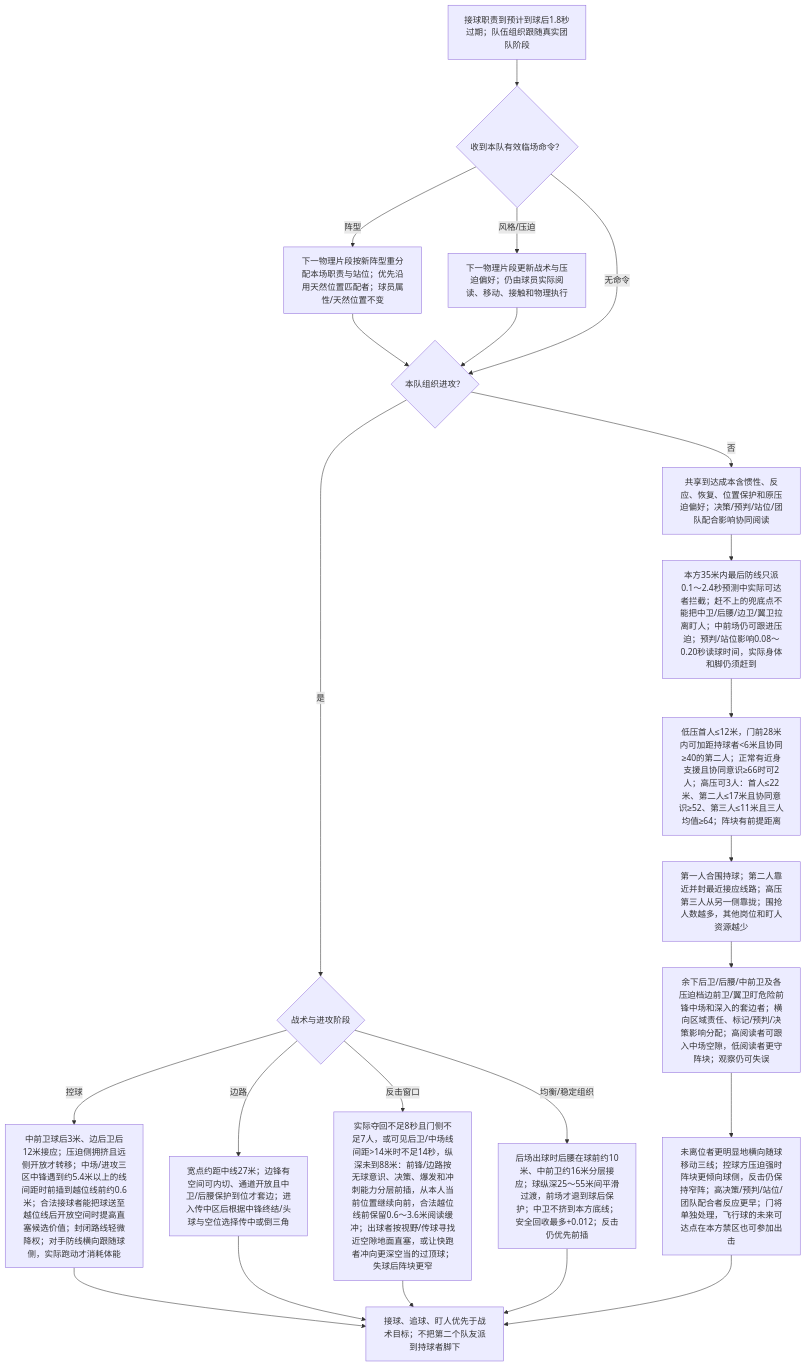
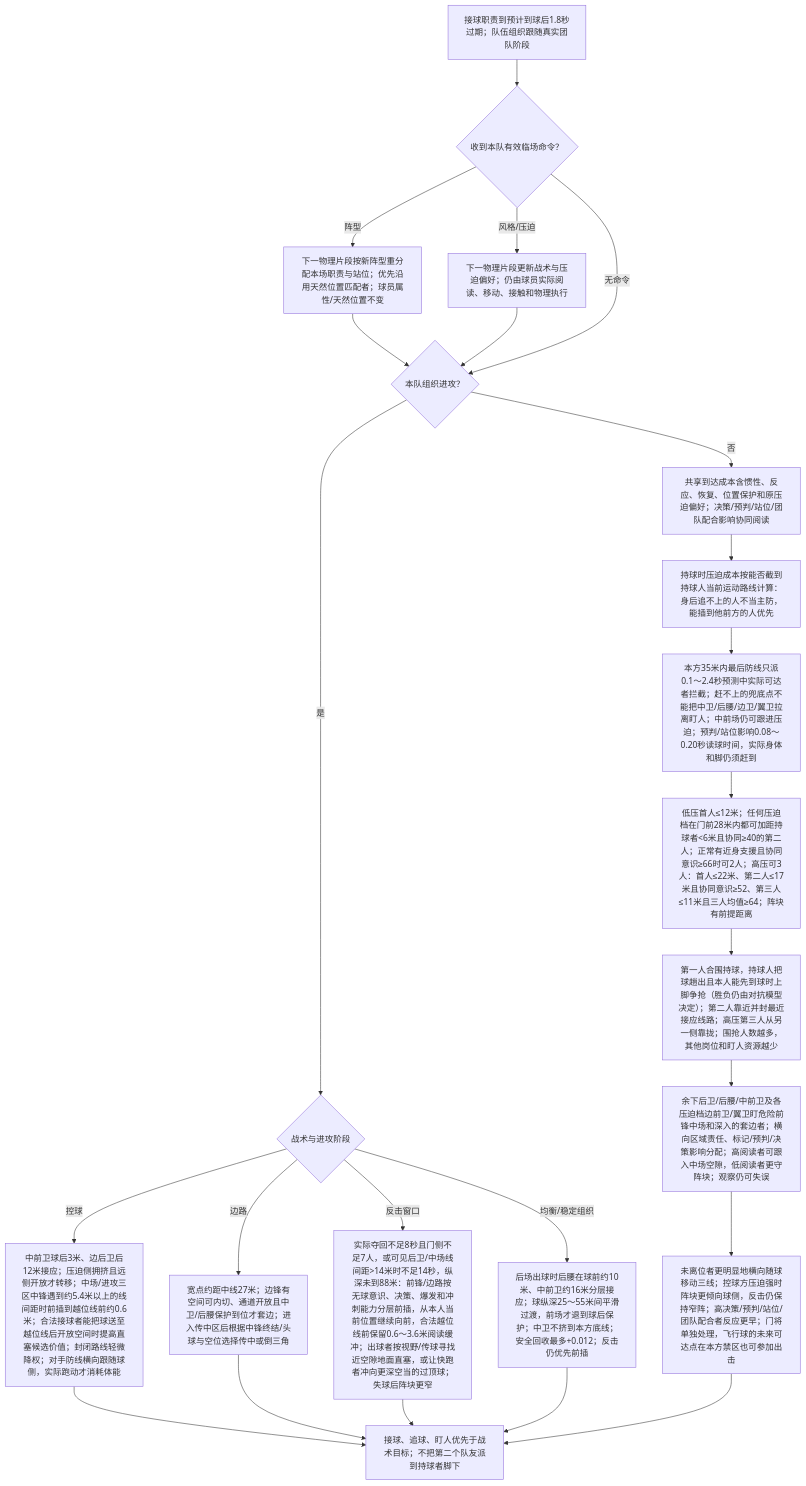
Before and after one commit to sixu3575/touchline-manager: the second of 7 diagrams in packages/shared/modules/matches/design/PLAYER_DECISION_MAP.md, drawn with Mermaid. The commit also changed other lines of this file and 24 other files, not shown here.

````diff
--- a/packages/shared/modules/matches/design/PLAYER_DECISION_MAP.md
+++ b/packages/shared/modules/matches/design/PLAYER_DECISION_MAP.md
@@ -49,25 +49,26 @@
 ```mermaid
 flowchart TD
   R0["接球职责到预计到球后1.8秒过期；队伍组织跟随真实团队阶段"] --> RMC{"收到本队有效临场命令？"}
   RMC -->|阵型| RMF["下一物理片段按新阵型重分配本场职责与站位；优先沿用天然位置匹配者；球员属性/天然位置不变"]
   RMF --> R1
   RMC -->|风格/压迫| RMT["下一物理片段更新战术与压迫偏好；仍由球员实际阅读、移动、接触和物理执行"]
   RMT --> R1
   RMC -->|无命令| R1{"本队组织进攻？"}
   R1 -->|否| R2["共享到达成本含惯性、反应、恢复、位置保护和原压迫偏好；决策/预判/站位/团队配合影响协同阅读"]
-  R2 --> RF["本方35米内最后防线只派0.1～2.4秒预测中实际可达者拦截；赶不上的兜底点不能把中卫/后腰/边卫/翼卫拉离盯人；中前场仍可跟进压迫；预判/站位影响0.08～0.20秒读球时间，实际身体和脚仍须赶到"]
-  RF --> R3["低压首人≤12米，门前28米内可加距持球者<6米且协同≥40的第二人；正常有近身支援且协同意识≥66时可2人；高压可3人：首人≤22米、第二人≤17米且协同意识≥52、第三人≤11米且三人均值≥64；阵块有前提距离"]
-  R3 --> RX["第一人合围持球；第二人靠近并封最近接应线路；高压第三人从另一侧靠拢；围抢人数越多，其他岗位和盯人资源越少"]
+  R2 --> RC0["持球时压迫成本按能否截到持球人当前运动路线计算：身后追不上的人不当主防，能插到他前方的人优先"]
+  RC0 --> RF["本方35米内最后防线只派0.1～2.4秒预测中实际可达者拦截；赶不上的兜底点不能把中卫/后腰/边卫/翼卫拉离盯人；中前场仍可跟进压迫；预判/站位影响0.08～0.20秒读球时间，实际身体和脚仍须赶到"]
+  RF --> R3["低压首人≤12米；任何压迫档在门前28米内都可加距持球者<6米且协同≥40的第二人；正常有近身支援且协同意识≥66时可2人；高压可3人：首人≤22米、第二人≤17米且协同意识≥52、第三人≤11米且三人均值≥64；阵块有前提距离"]
+  R3 --> RX["第一人合围持球，持球人把球趟出且本人能先到球时上脚争抢（胜负仍由对抗模型决定）；第二人靠近并封最近接应线路；高压第三人从另一侧靠拢；围抢人数越多，其他岗位和盯人资源越少"]
   RX --> R4["余下后卫/后腰/中前卫及各压迫档边前卫/翼卫盯危险前锋中场和深入的套边者；横向区域责任、标记/预判/决策影响分配；高阅读者可跟入中场空隙，低阅读者更守阵块；观察仍可失误"]
   R4 --> R5["未离位者更明显地横向随球移动三线；控球方压迫强时阵块更倾向球侧，反击仍保持窄阵；高决策/预判/站位/团队配合者反应更早；门将单独处理，飞行球的未来可达点在本方禁区也可参加出击"]
   R1 -->|是| R6{"战术与进攻阶段"}
   R6 -->|控球| RP["中前卫球后3米、边后卫后12米接应；压迫侧拥挤且远侧开放才转移；中场/进攻三区中锋遇到约5.4米以上的线间距时前插到越位线前约0.6米；合法接球者能把球送至越位线后开放空间时提高直塞候选价值；封闭路线轻微降权；对手防线横向跟随球侧，实际跑动才消耗体能"]
   R6 -->|边路| RW["宽点约距中线27米；边锋有空间可内切、通道开放且中卫/后腰保护到位才套边；进入传中区后根据中锋终结/头球与空位选择传中或倒三角"]
   R6 -->|反击窗口| RC["实际夺回不足8秒且门侧不足7人，或可见后卫/中场线间距>14米时不足14秒，纵深未到88米：前锋/边路按无球意识、决策、爆发和冲刺能力分层前插，从本人当前位置继续向前，合法越位线前保留0.6～3.6米阅读缓冲；出球者按视野/传球寻找近空隙地面直塞，或让快跑者冲向更深空当的过顶球；失球后阵块更窄"]
   R6 -->|均衡/稳定组织| RB["后场出球时后腰在球前约10米、中前卫约16米分层接应；球纵深25～55米间平滑过渡，前场才退到球后保护；中卫不挤到本方底线；安全回收最多+0.012；反击仍优先前插"]
   RP --> R7["接球、追球、盯人优先于战术目标；不把第二个队友派到持球者脚下"]
   RW --> R7
   RC --> R7
   RB --> R7
   R5 --> R7
 ```
````
